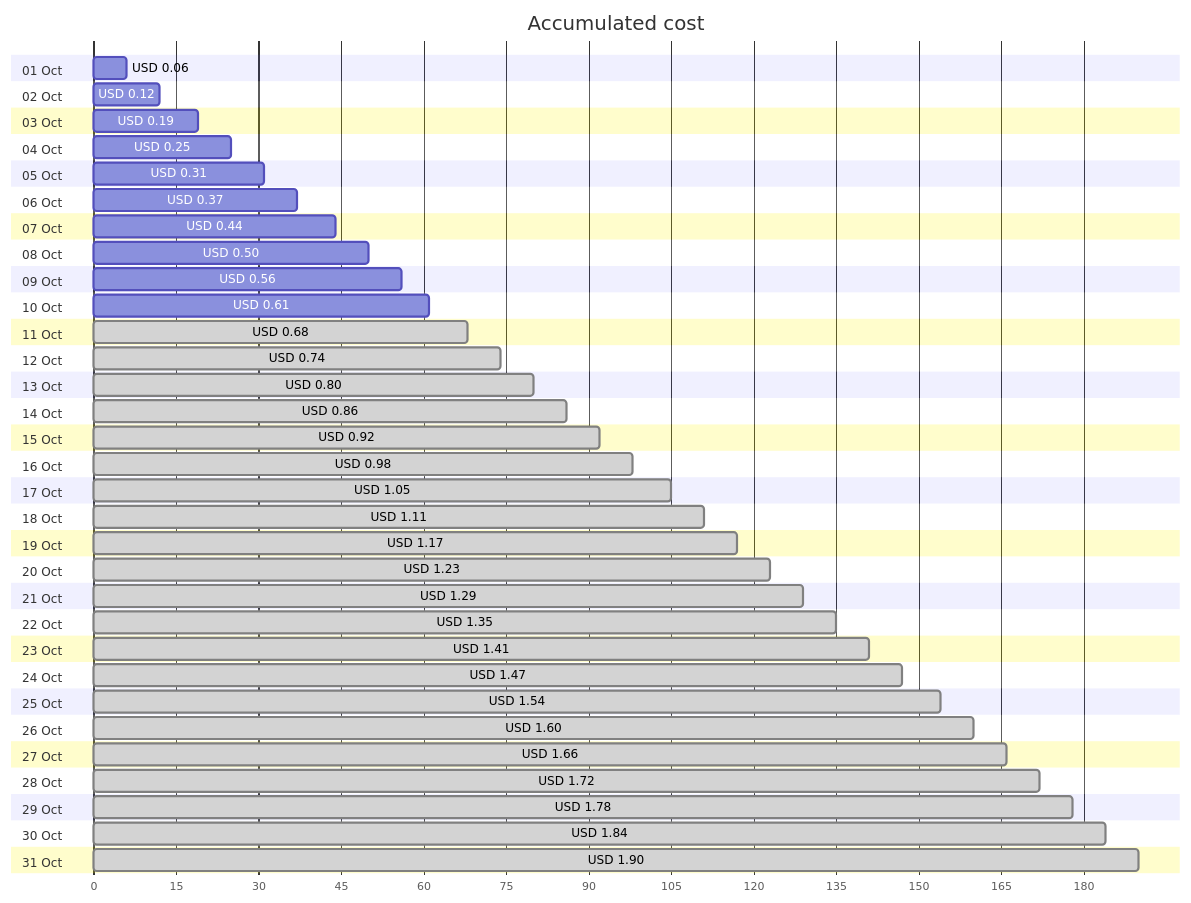
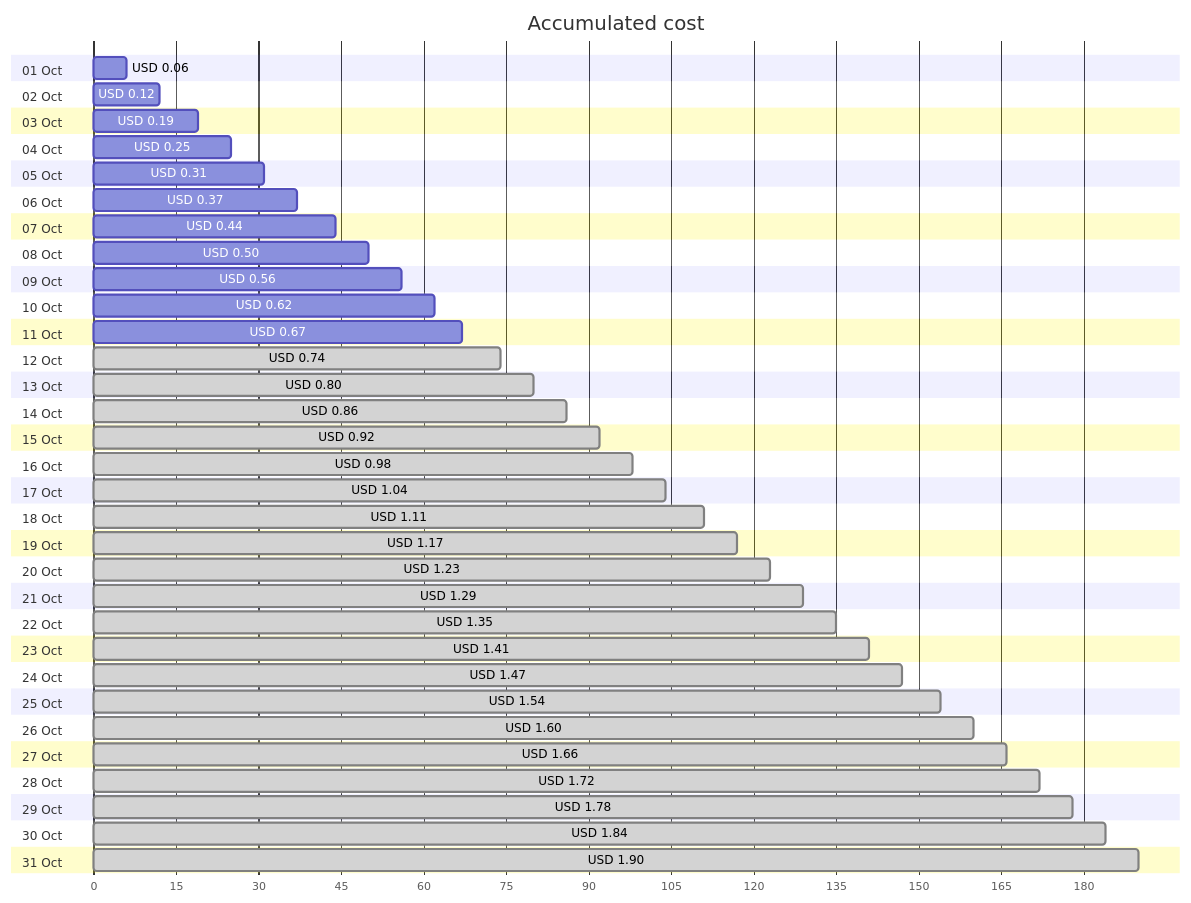
Before and after one commit to jpfulton/azure-personal-reports: the first of 4 diagrams in cost-reports/personal-network/vpn-server_OsDisk.md, drawn with Mermaid. The commit also changed other lines of this file and 8 other files, not shown here.

````diff
--- a/cost-reports/personal-network/vpn-server_OsDisk.md
+++ b/cost-reports/personal-network/vpn-server_OsDisk.md
@@ -20,68 +20,68 @@
 ```mermaid
 gantt
    title Accumulated cost
    dateFormat  X
    axisFormat %s
    section 01 Oct
    USD 0.06 :0, 6
    section 02 Oct
    USD 0.12 :0, 12
    section 03 Oct
    USD 0.19 :0, 19
    section 04 Oct
    USD 0.25 :0, 25
    section 05 Oct
    USD 0.31 :0, 31
    section 06 Oct
    USD 0.37 :0, 37
    section 07 Oct
    USD 0.44 :0, 44
    section 08 Oct
    USD 0.50 :0, 50
    section 09 Oct
    USD 0.56 :0, 56
    section 10 Oct
-   USD 0.61 :0, 61
+   USD 0.62 :0, 62
    section 11 Oct
-   USD 0.68 : done, 0, 68
+   USD 0.67 :0, 67
    section 12 Oct
    USD 0.74 : done, 0, 74
    section 13 Oct
    USD 0.80 : done, 0, 80
    section 14 Oct
    USD 0.86 : done, 0, 86
    section 15 Oct
    USD 0.92 : done, 0, 92
    section 16 Oct
    USD 0.98 : done, 0, 98
    section 17 Oct
-   USD 1.05 : done, 0, 105
+   USD 1.04 : done, 0, 104
    section 18 Oct
    USD 1.11 : done, 0, 111
    section 19 Oct
    USD 1.17 : done, 0, 117
    section 20 Oct
    USD 1.23 : done, 0, 123
    section 21 Oct
    USD 1.29 : done, 0, 129
    section 22 Oct
    USD 1.35 : done, 0, 135
    section 23 Oct
    USD 1.41 : done, 0, 141
    section 24 Oct
    USD 1.47 : done, 0, 147
    section 25 Oct
    USD 1.54 : done, 0, 154
    section 26 Oct
    USD 1.60 : done, 0, 160
    section 27 Oct
    USD 1.66 : done, 0, 166
    section 28 Oct
    USD 1.72 : done, 0, 172
    section 29 Oct
    USD 1.78 : done, 0, 178
    section 30 Oct
    USD 1.84 : done, 0, 184
    section 31 Oct
    USD 1.90 : done, 0, 190
 ```
````
